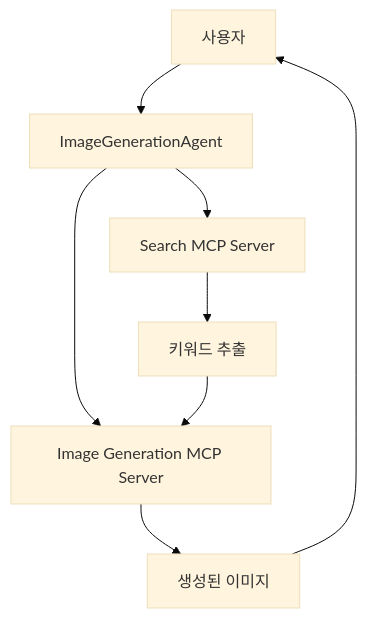
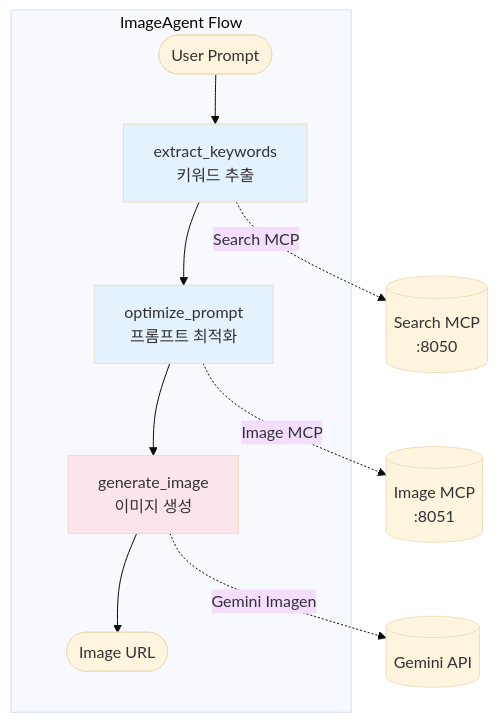
One commit to KernelAcademy-AICamp/ai-camp-3rd-chatbot-pjt-mint_loop changed the fourth of 4 diagrams in backend/README.md. Above: the diagram before and after it, drawn with Mermaid (base theme). The commit also changed other lines of this file and 1 other file, not shown here.

````diff
--- a/backend/README.md
+++ b/backend/README.md
@@ -9,10 +216,17 @@
 ```mermaid
 graph TB
-    User[사용자] --> Agent[ImageGenerationAgent]
-    Agent --> SearchMCP[Search MCP Server]
-    Agent --> ImageMCP[Image Generation MCP Server]
-    SearchMCP --> Keywords[키워드 추출]
-    Keywords --> ImageMCP
-    ImageMCP --> Image[생성된 이미지]
-    Image --> User
+    subgraph ImageAgent["ImageAgent Flow"]
+        Start([User Prompt]) --> Extract[extract_keywords<br/>키워드 추출]
+        Extract --> Optimize[optimize_prompt<br/>프롬프트 최적화]
+        Optimize --> Generate[generate_image<br/>이미지 생성]
+        Generate --> End([Image URL])
+    end
+
+    Extract -.-> |"Search MCP"| SearchMCP[(Search MCP<br/>:8050)]
+    Optimize -.-> |"Image MCP"| ImageMCP[(Image MCP<br/>:8051)]
+    Generate -.-> |"Gemini Imagen"| Gemini[(Gemini API)]
+
+    style Extract fill:#e3f2fd
+    style Optimize fill:#e3f2fd
+    style Generate fill:#fce4ec
 ```
````
